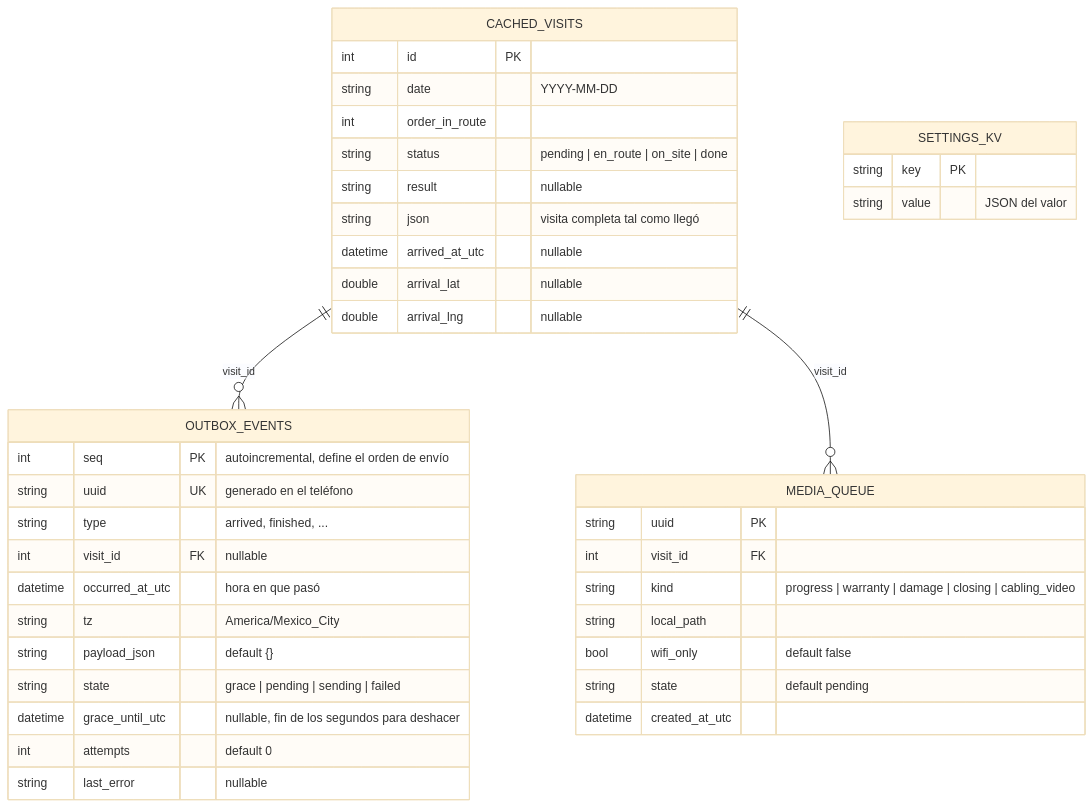
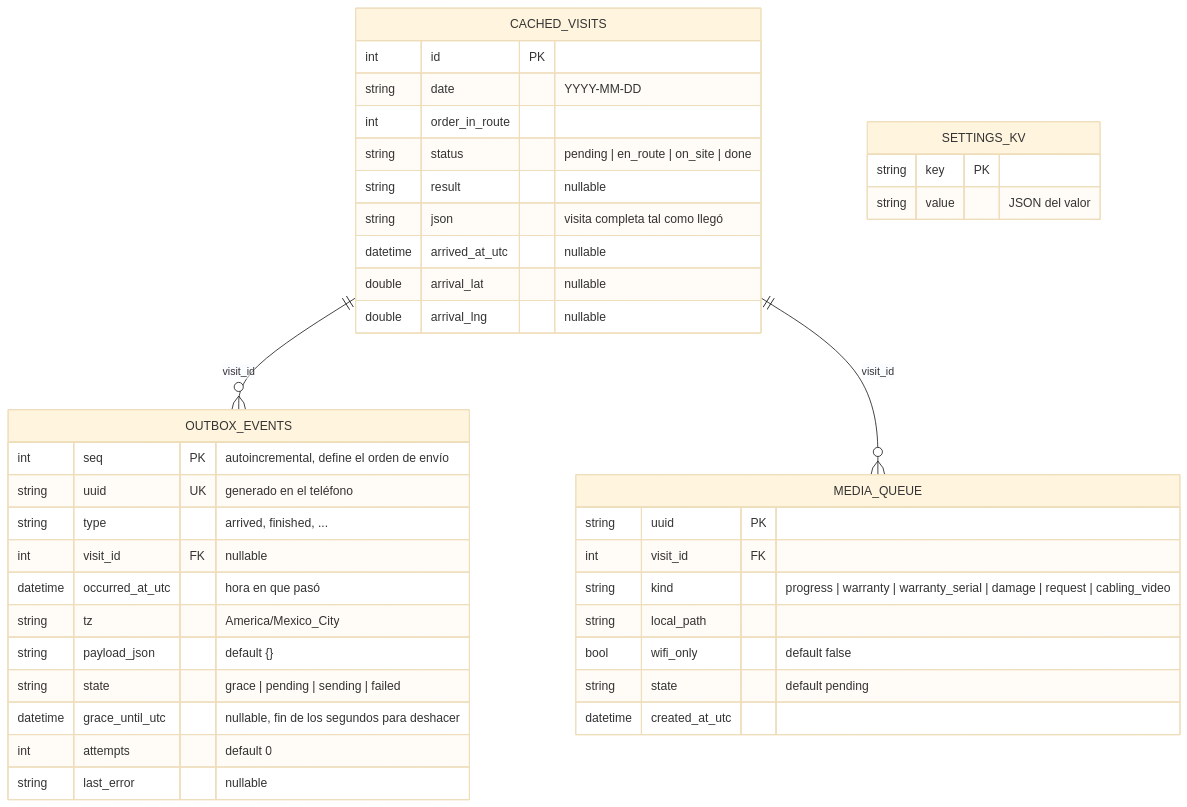
The first of 9 diagrams in README.md (edggclu/rutas_app), drawn with Mermaid (base theme) before and after one commit. The commit also changed other lines of this file and 1 other file, not shown here.

````diff
--- a/README.md
+++ b/README.md
@@ -58,46 +87,46 @@
 ```mermaid
 erDiagram
     CACHED_VISITS ||--o{ OUTBOX_EVENTS : "visit_id"
     CACHED_VISITS ||--o{ MEDIA_QUEUE : "visit_id"
 
     SETTINGS_KV {
         string key PK
         string value "JSON del valor"
     }
 
     CACHED_VISITS {
         int id PK
         string date "YYYY-MM-DD"
         int order_in_route
         string status "pending | en_route | on_site | done"
         string result "nullable"
         string json "visita completa tal como llegó"
         datetime arrived_at_utc "nullable"
         double arrival_lat "nullable"
         double arrival_lng "nullable"
     }
 
     OUTBOX_EVENTS {
         int seq PK "autoincremental, define el orden de envío"
         string uuid UK "generado en el teléfono"
         string type "arrived, finished, ..."
         int visit_id FK "nullable"
         datetime occurred_at_utc "hora en que pasó"
         string tz "America/Mexico_City"
         string payload_json "default {}"
         string state "grace | pending | sending | failed"
         datetime grace_until_utc "nullable, fin de los segundos para deshacer"
         int attempts "default 0"
         string last_error "nullable"
     }
 
     MEDIA_QUEUE {
         string uuid PK
         int visit_id FK
-        string kind "progress | warranty | damage | closing | cabling_video"
+        string kind "progress | warranty | warranty_serial | damage | request | cabling_video"
         string local_path
         bool wifi_only "default false"
         string state "default pending"
         datetime created_at_utc
     }
 ```
````
